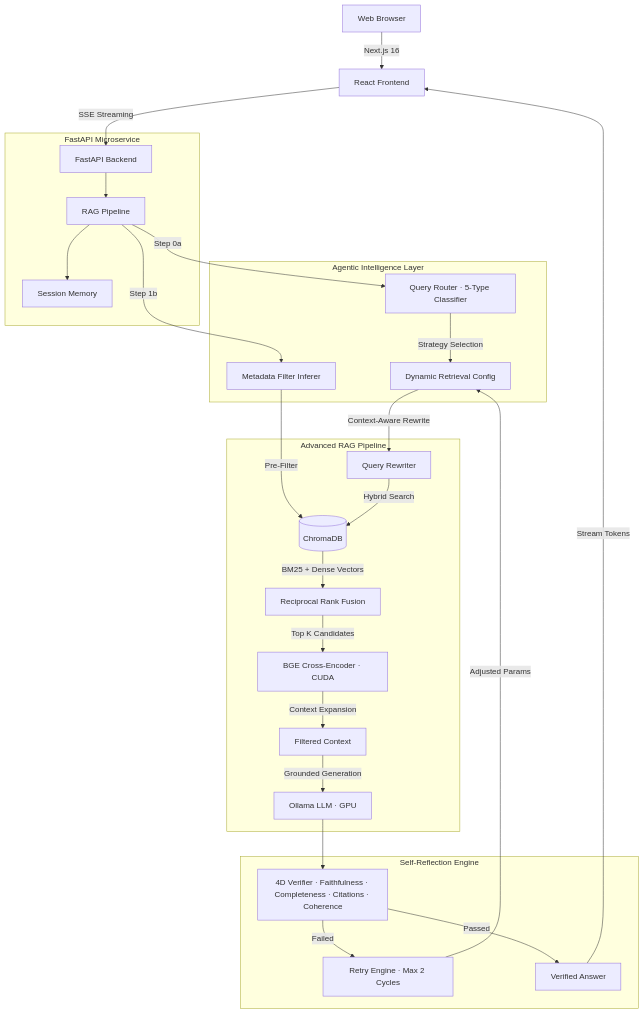
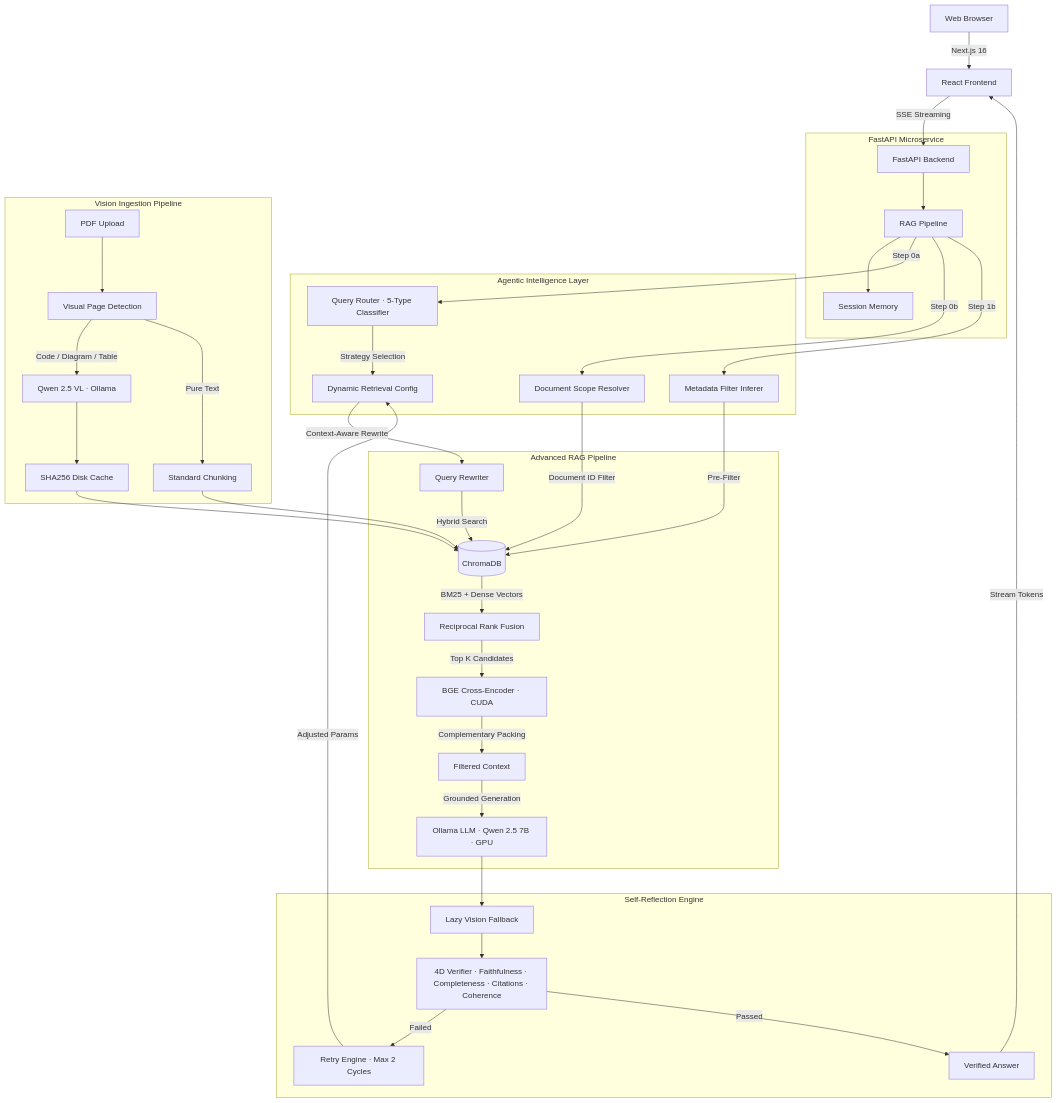
The diagram in company_policy_rag/README.md (SoubhagyaJain/Company-policy-rag), drawn with Mermaid before and after one commit. The commit also changed other lines of this file and 123 other files, not shown here.

````diff
--- a/company_policy_rag/README.md
+++ b/company_policy_rag/README.md
@@ -78,35 +94,47 @@
 ```mermaid
 graph TD
     Client[Web Browser] --> |Next.js 16| UI[React Frontend]
     UI --> |SSE Streaming| API[FastAPI Backend]
 
     subgraph Backend [FastAPI Microservice]
         API --> Orchestrator[RAG Pipeline]
         Orchestrator --> Memory[Session Memory]
     end
 
     subgraph Agentic [Agentic Intelligence Layer]
         Orchestrator --> |Step 0a| Router[Query Router · 5-Type Classifier]
         Router --> |Strategy Selection| Strategy[Dynamic Retrieval Config]
+        Orchestrator --> |Step 0b| DocScope[Document Scope Resolver]
         Orchestrator --> |Step 1b| FilterInfer[Metadata Filter Inferer]
     end
 
     subgraph RAG [Advanced RAG Pipeline]
         Strategy --> |Context-Aware Rewrite| LLM_Q[Query Rewriter]
-        FilterInfer --> |Pre-Filter| VectorDB[(ChromaDB)]
+        DocScope --> |Document ID Filter| VectorDB[(ChromaDB)]
+        FilterInfer --> |Pre-Filter| VectorDB
         LLM_Q --> |Hybrid Search| VectorDB
         VectorDB --> |BM25 + Dense Vectors| RRF[Reciprocal Rank Fusion]
         RRF --> |Top K Candidates| Reranker[BGE Cross-Encoder · CUDA]
-        Reranker --> |Context Expansion| Context[Filtered Context]
-        Context --> |Grounded Generation| LLM[Ollama LLM · GPU]
+        Reranker --> |Complementary Packing| Context[Filtered Context]
+        Context --> |Grounded Generation| LLM[Ollama LLM · Qwen 2.5 7B · GPU]
+    end
+
+    subgraph Vision [Vision Ingestion Pipeline]
+        PDF[PDF Upload] --> Heuristic[Visual Page Detection]
+        Heuristic --> |Code / Diagram / Table| VisionLLM[Qwen 2.5 VL · Ollama]
+        Heuristic --> |Pure Text| TextChunker[Standard Chunking]
+        VisionLLM --> Cache[SHA256 Disk Cache]
+        Cache --> VectorDB
+        TextChunker --> VectorDB
     end
 
     subgraph Verification [Self-Reflection Engine]
-        LLM --> Verifier[4D Verifier · Faithfulness · Completeness · Citations · Coherence]
+        LLM --> LazyFallback[Lazy Vision Fallback]
+        LazyFallback --> Verifier[4D Verifier · Faithfulness · Completeness · Citations · Coherence]
         Verifier --> |Failed| RetryEngine[Retry Engine · Max 2 Cycles]
         RetryEngine --> |Adjusted Params| Strategy
         Verifier --> |Passed| Output[Verified Answer]
     end
 
     Output --> |Stream Tokens| UI
 ```
````
